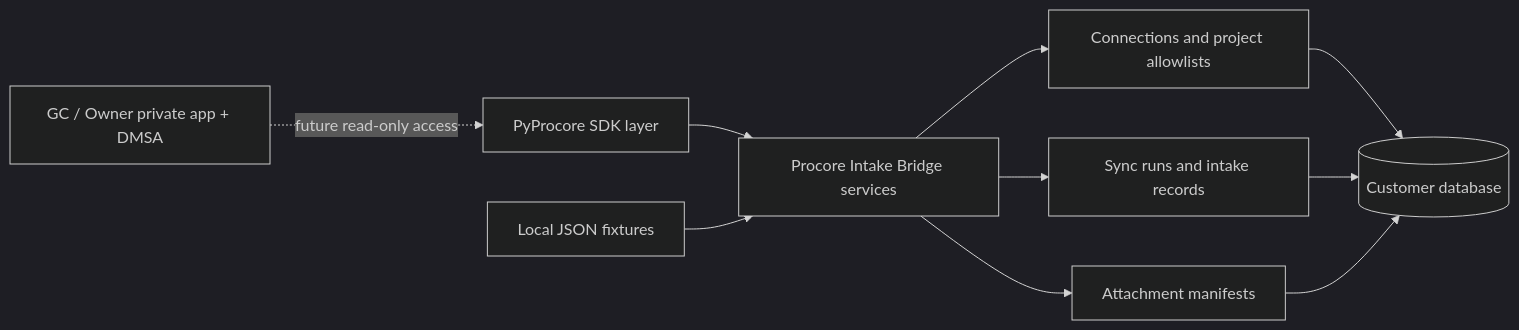
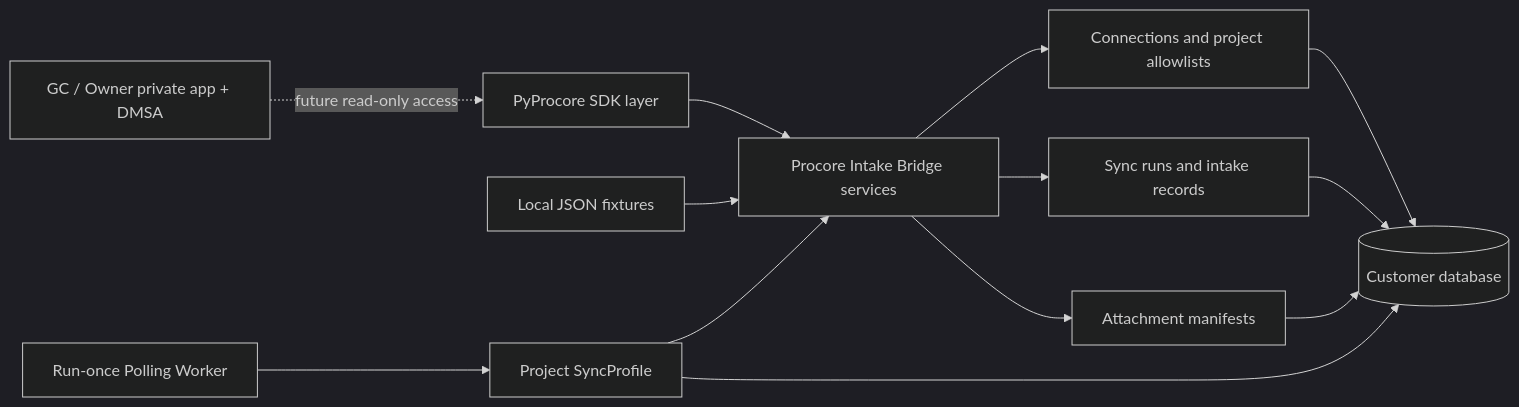
Before and after one commit to vibhanshu-mishra/procore-intake-bridge: the diagram in docs/architecture.md, drawn with Mermaid (dark theme). The commit also changed other lines of this file and 21 other files, not shown here.

Commit message:
Add polling worker and sync profiles

````diff
--- a/docs/architecture.md
+++ b/docs/architecture.md
@@ -5,12 +5,15 @@
 ```mermaid
 flowchart LR
     A["GC / Owner private app + DMSA"] -. "future read-only access" .-> B["PyProcore SDK layer"]
     B --> C["Procore Intake Bridge services"]
     C --> D["Connections and project allowlists"]
     C --> E["Sync runs and intake records"]
     C --> F["Attachment manifests"]
     D --> G[("Customer database")]
     E --> G
     F --> G
     H["Local JSON fixtures"] --> C
+    I["Run-once Polling Worker"] --> J["Project SyncProfile"]
+    J --> C
+    J --> G
 ```
````
